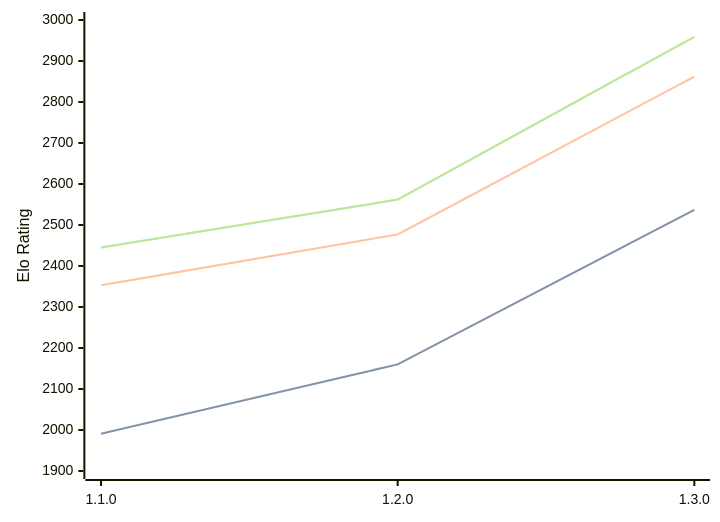
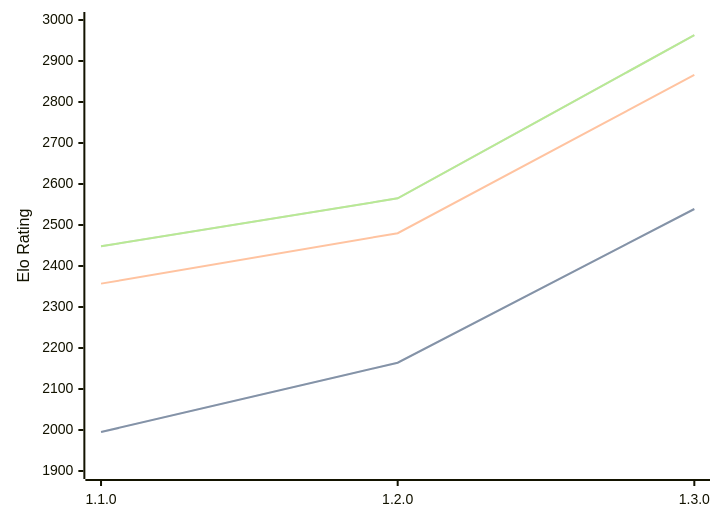
The diagram in engines/Gyatso.md (computer-chess-index/cci), drawn with Mermaid before and after one commit. The commit also changed other lines of this file, not shown here.

Commit message:
Update CCI Ratings (ELO VLTC) - 2026-04-30

````diff
--- a/engines/Gyatso.md
+++ b/engines/Gyatso.md
@@ -34,11 +34,11 @@
 ```mermaid
 %%{init: {"theme":"base","themeVariables":{"seriesColors:['#a3a3a3','#222221','#faa371']}}}%%
 xychart-beta
   x-axis ["1.1.0", "1.2.0", "1.3.0"]
   y-axis "Elo Rating" 1900 --> 3000
-  line "STC (8.0+0.08s)" [1991, 2160, 2537]
-  line "STC (8.0+0.08s)" [1991, 2160, 2537]
-  line "LTC (60.0+0.60s)" [2353, 2477, 2862]
-  line "VLTC (2m24s+1.12s)" [2445, 2562, 2959]
-  line "VLTC (2m24s+1.12s)" [2445, 2562, 2959]
+  line "STC (8.0+0.08s)" [1995, 2164, 2539]
+  line "STC (8.0+0.08s)" [1995, 2164, 2539]
+  line "LTC (60.0+0.60s)" [2357, 2480, 2866]
+  line "VLTC (2m24s+1.12s)" [2448, 2565, 2963]
+  line "VLTC (2m24s+1.12s)" [2448, 2565, 2963]
 ```
````
